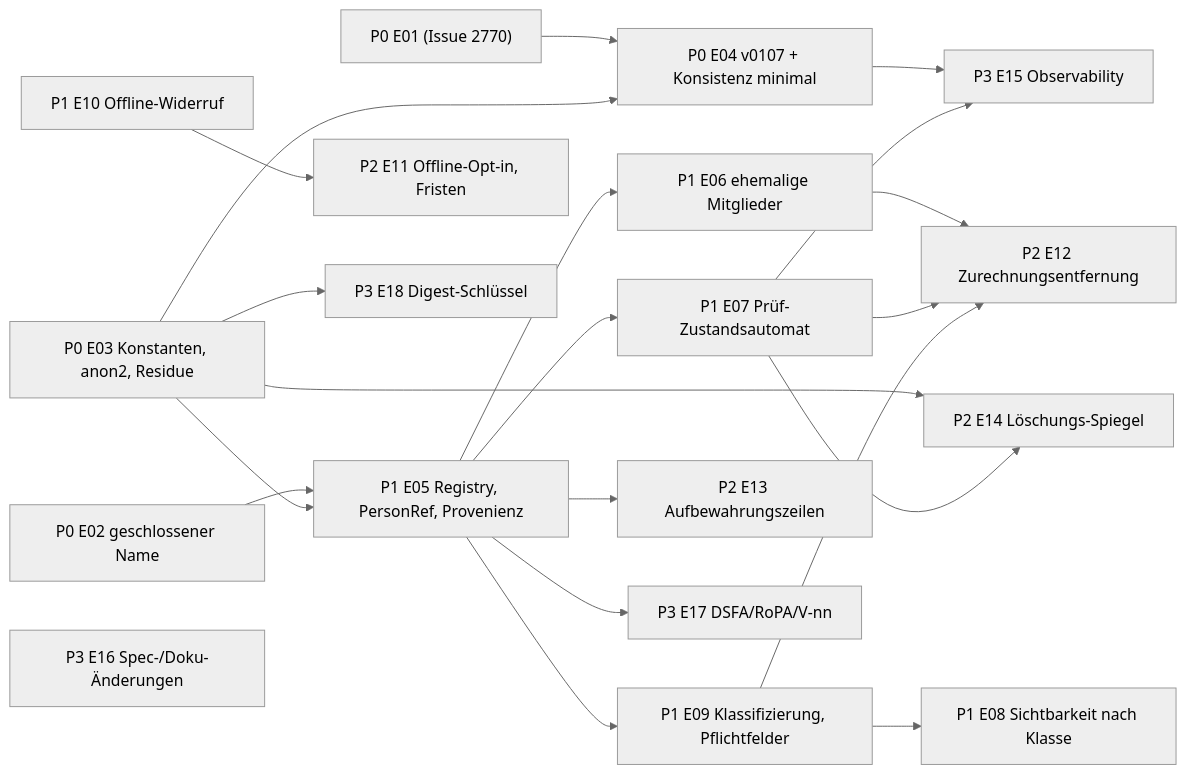
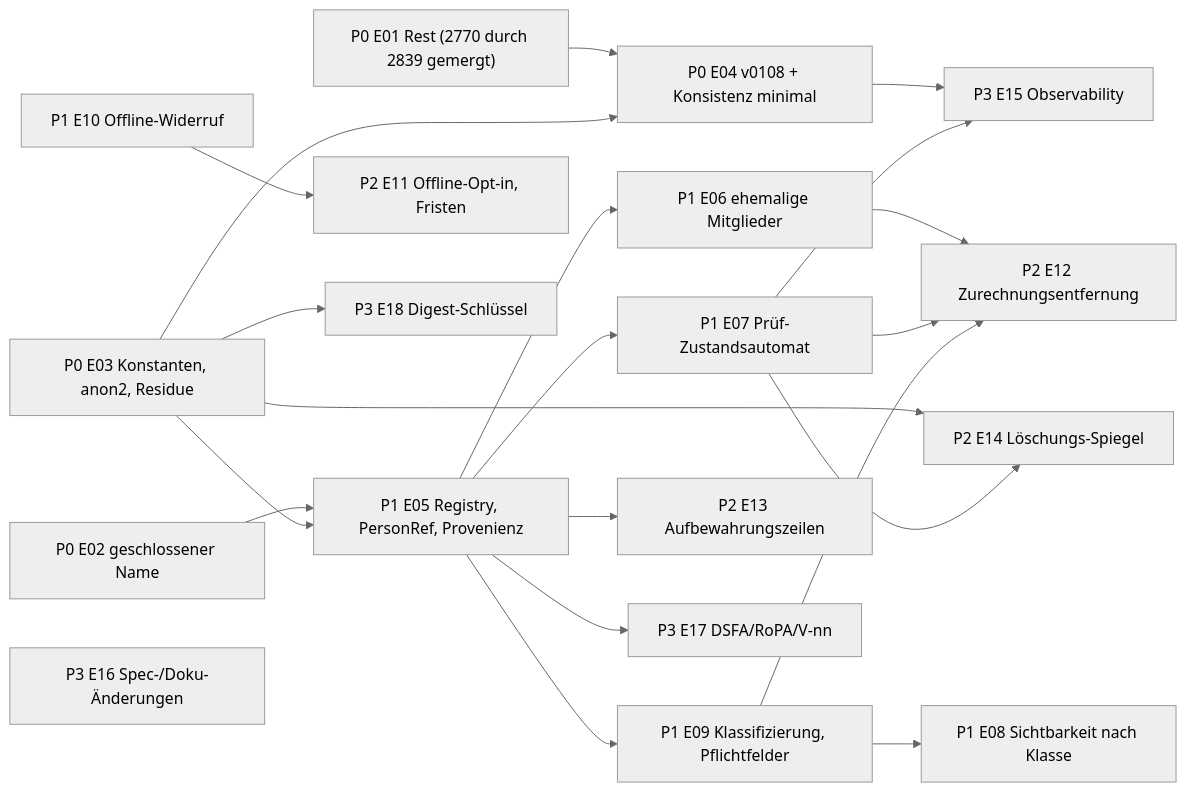
One commit to nolte/kamerplanter changed the diagram in spec/privacy/12-implementation-roadmap.md. Above: the diagram before and after it, drawn with Mermaid (neutral theme). The commit also changed other lines of this file and 15 other files, not shown here.

````diff
--- a/spec/privacy/12-implementation-roadmap.md
+++ b/spec/privacy/12-implementation-roadmap.md
@@ -147,23 +154,23 @@
 ```mermaid
 flowchart LR
-    E01["P0 E01 (Issue 2770)"] --> E04["P0 E04 v0107 + Konsistenz minimal"]
+    E01["P0 E01 Rest (2770 durch 2839 gemergt)"] --> E04["P0 E04 v0108 + Konsistenz minimal"]
     E03["P0 E03 Konstanten, anon2, Residue"] --> E04
     E02["P0 E02 geschlossener Name"] --> E05
     E03 --> E05["P1 E05 Registry, PersonRef, Provenienz"]
     E05 --> E06["P1 E06 ehemalige Mitglieder"]
     E05 --> E07["P1 E07 Prüf-Zustandsautomat"]
     E05 --> E09["P1 E09 Klassifizierung, Pflichtfelder"]
     E09 --> E08["P1 E08 Sichtbarkeit nach Klasse"]
     E10["P1 E10 Offline-Widerruf"] --> E11["P2 E11 Offline-Opt-in, Fristen"]
     E06 --> E12["P2 E12 Zurechnungsentfernung"]
     E07 --> E12
     E09 --> E12
     E05 --> E13["P2 E13 Aufbewahrungszeilen"]
     E03 --> E14["P2 E14 Löschungs-Spiegel"]
     E07 --> E14
     E04 --> E15["P3 E15 Observability"]
     E07 --> E15
     E05 --> E17["P3 E17 DSFA/RoPA/V-nn"]
     E03 --> E18["P3 E18 Digest-Schlüssel"]
     E16["P3 E16 Spec-/Doku-Änderungen"]
 ```
````
